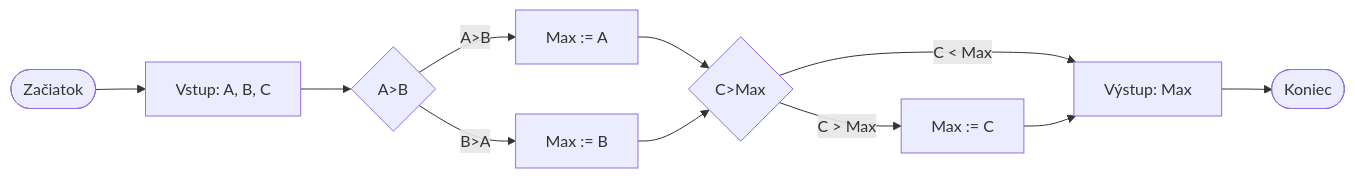
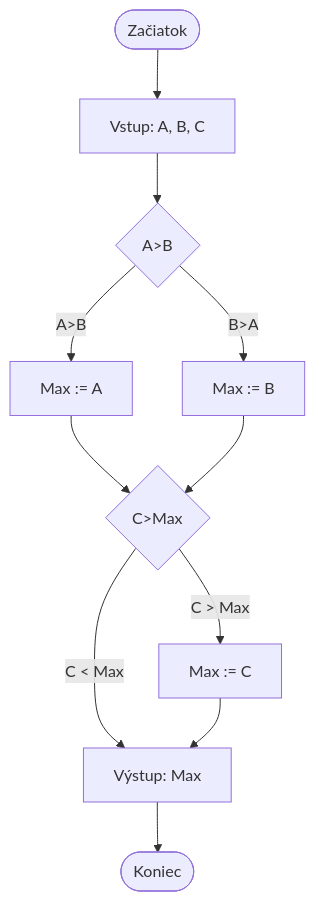
Before and after one commit to SpsKnSK/api: the second of 2 diagrams in Lessons_sk/01_Algorithms_sk.md, drawn with Mermaid. The commit also changed other lines of this file, not shown here.

````diff
--- a/Lessons_sk/01_Algorithms_sk.md
+++ b/Lessons_sk/01_Algorithms_sk.md
@@ -86,23 +56,23 @@
 ```mermaid
-flowchart LR
-	Začiatok([Začiatok])
+flowchart TB
+	Zaciatok([Začiatok])
     Vstup[Vstup: A, B, C]
-    Pokiaľ1{A>B}
+    If1{A>B}
     MaxB[Max := B]
     MaxA[Max := A]
-    Pokiaľ2{C>Max}
+    If2{C>Max}
     Koniec([Koniec]) 
     MaxC[Max := C]
-    Výstup[Výstup: Max]
+    Vystup[Výstup: Max]
 
-    Začiatok --> Vstup
-    Vstup --> Pokiaľ1
-    Pokiaľ1 -- B>A --> MaxB
-    Pokiaľ1 -- A>B --> MaxA
-    MaxA --> Pokiaľ2
-    MaxB --> Pokiaľ2
-    Pokiaľ2 -- C < Max --> Výstup
-    Pokiaľ2 -- C > Max --> MaxC
-    MaxC --> Výstup
-    Výstup --> Koniec
+    Zaciatok --> Vstup
+    Vstup --> If1
+    If1 -- B>A --> MaxB
+    If1 -- A>B --> MaxA
+    MaxA --> If2
+    MaxB --> If2
+    If2 -- C < Max --> Vystup
+    If2 -- C > Max --> MaxC
+    MaxC --> Vystup
+    Vystup --> Koniec
 ```
````
